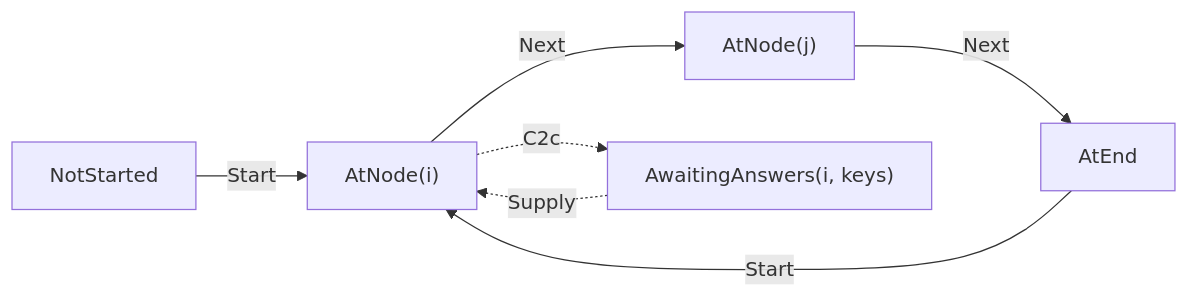
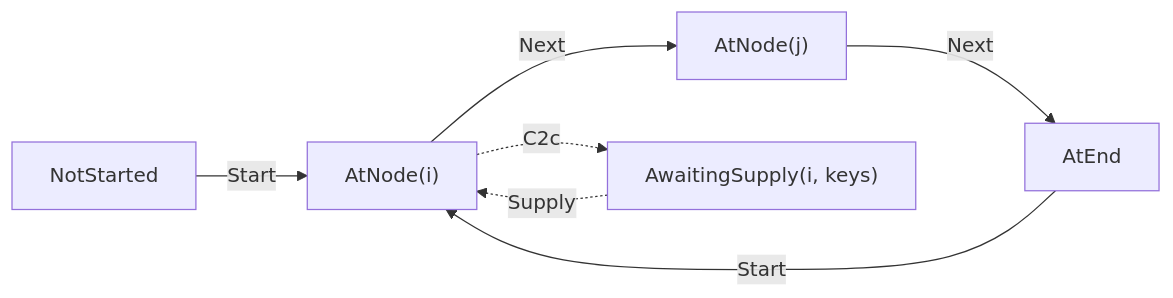
One commit to pengzhengyi/dialoguedown changed the diagram in docs/contributing/design-notes/runtime/Runtime Core.md. Above: the diagram before and after it, drawn with Mermaid. The commit also changed other lines of this file and 40 other files, not shown here.

````diff
--- a/docs/contributing/design-notes/runtime/Runtime Core.md
+++ b/docs/contributing/design-notes/runtime/Runtime Core.md
@@ -131,9 +131,9 @@
 ```mermaid
 flowchart LR
     NS["NotStarted"] -->|"Start"| AT["AtNode(i)"]
     AT -->|"Next"| AT2["AtNode(j)"]
     AT2 -->|"Next"| ENDED["AtEnd"]
     ENDED -->|"Start"| AT
-    AT -. "C2c" .-> ASK["AwaitingAnswers(i, keys)"]
+    AT -. "C2c" .-> ASK["AwaitingSupply(i, keys)"]
     ASK -. "Supply" .-> AT
 ```
````
